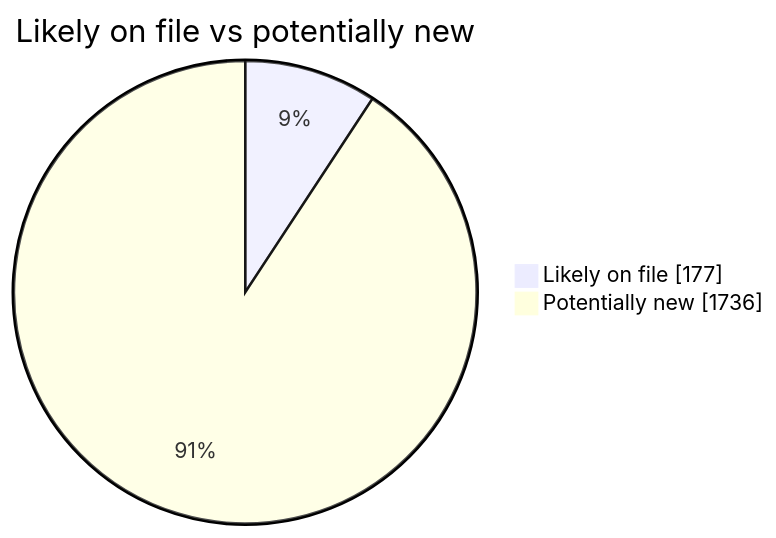
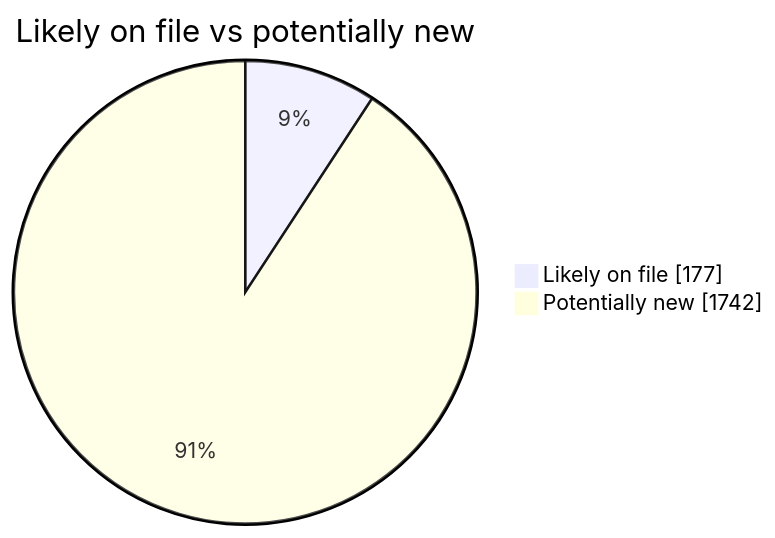
Before and after one commit to martinbalfanz/social-scanner-reports: the second of 4 diagrams in README.md, drawn with Mermaid. The commit also changed other lines of this file and 4 other files, not shown here.

````diff
--- a/README.md
+++ b/README.md
@@ -40,5 +40,5 @@
 ```mermaid
 pie showData title Likely on file vs potentially new
     "Likely on file" : 177
-    "Potentially new" : 1736
+    "Potentially new" : 1742
 ```
````
